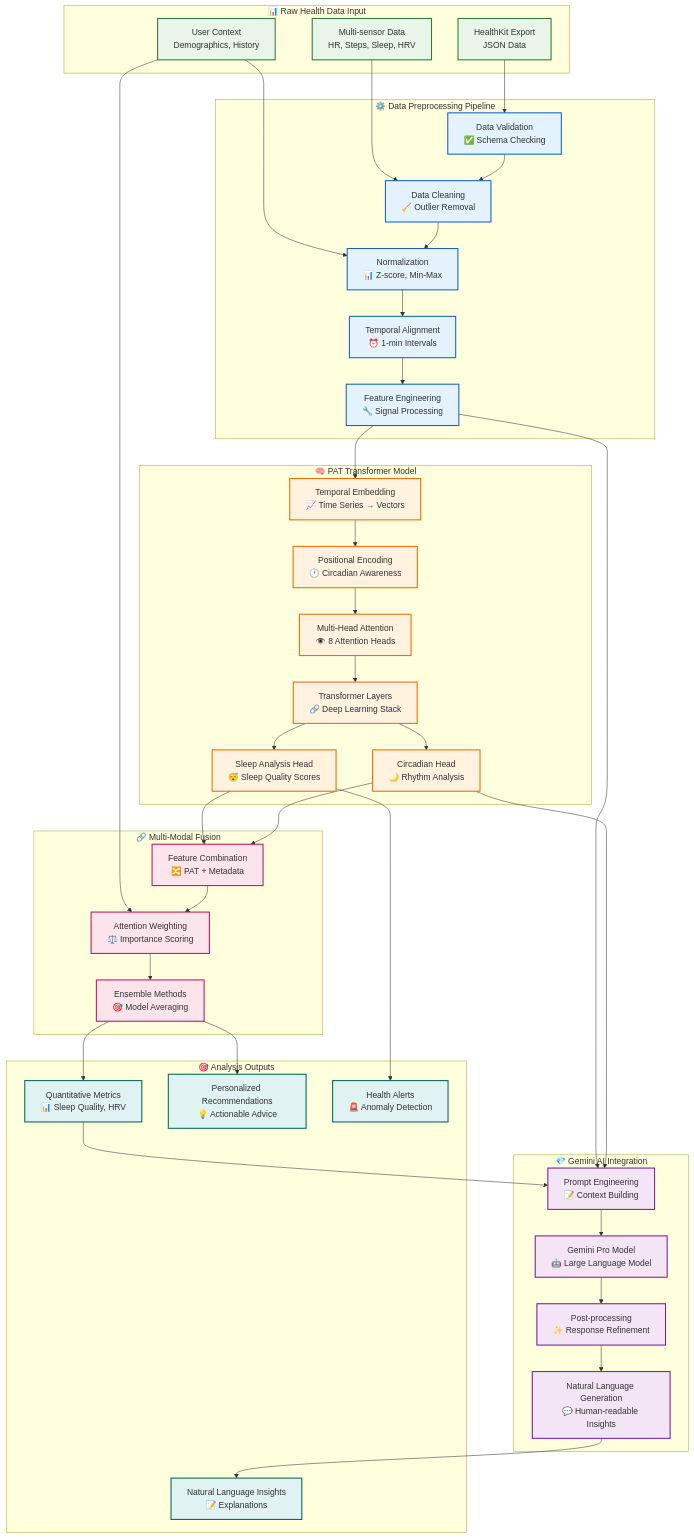
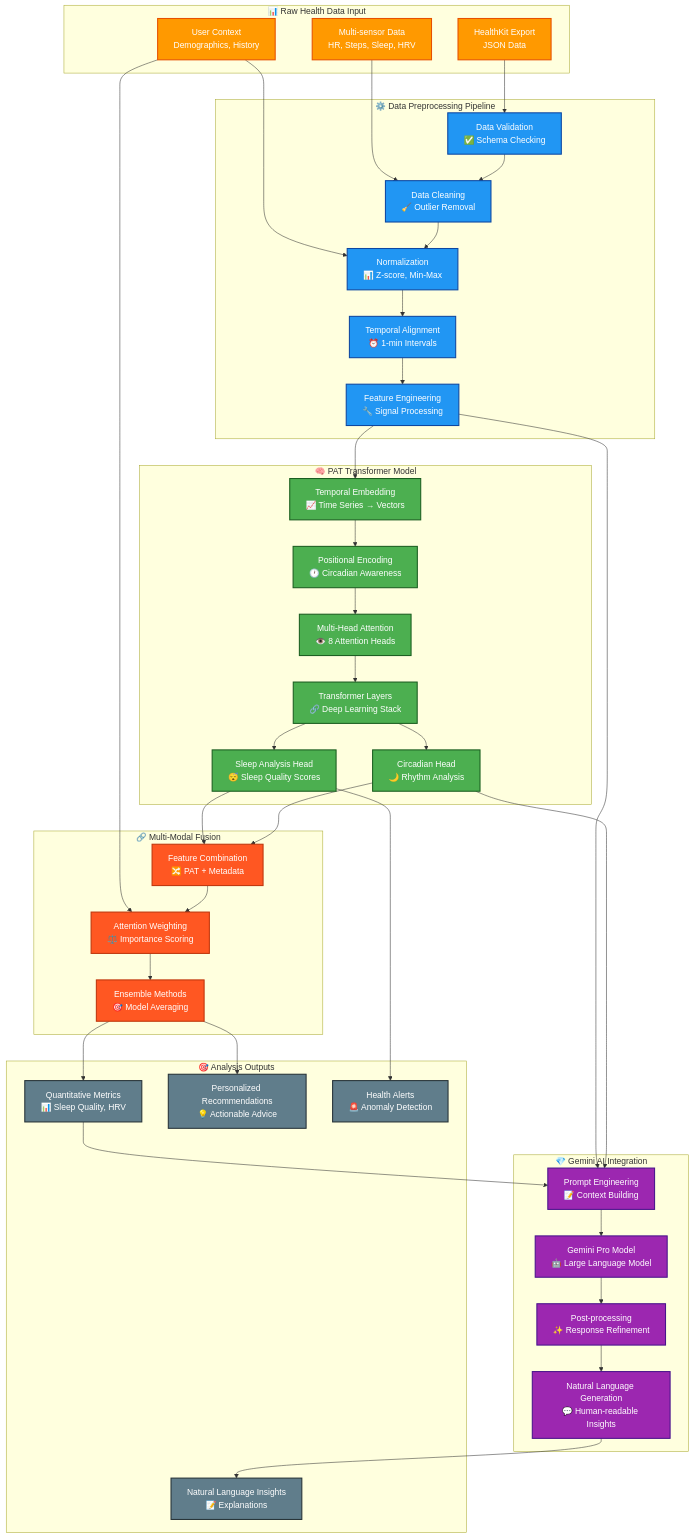
Before and after one commit to Clairty-Digital-Twin/clarity-loop-backend: the first of 2 diagrams in docs/03-ai-models.md, drawn with Mermaid. The commit also changed other lines of this file and 2 other files, not shown here.

Commit message:
fix: Update documentation styling for improved visual consistency and clarity
- Revised class definitions in the overview and AI models documentation to enhance visual representation and align with the platform's branding.
- Updated color schemes to bold colors with white text for better readability and semantic structure, reinforcing clarity in diagrams.
- Improved consistency across documentation styling to reflect recent changes in system architecture and enhance user understanding.

```diff
--- a/docs/03-ai-models.md
+++ b/docs/03-ai-models.md
@@ -79,13 +79,13 @@
     Metrics --> PromptEng
     CircHead --> PromptEng
     
-    %% Styling
-    classDef input fill:#e8f5e8,stroke:#2e7d32,stroke-width:2px
-    classDef preprocess fill:#e3f2fd,stroke:#1565c0,stroke-width:2px
-    classDef pat fill:#fff3e0,stroke:#ef6c00,stroke-width:2px
-    classDef gemini fill:#f3e5f5,stroke:#7b1fa2,stroke-width:2px
-    classDef fusion fill:#fce4ec,stroke:#c2185b,stroke-width:2px
-    classDef output fill:#e0f2f1,stroke:#00695c,stroke-width:2px
+    %% Styling - Bold colors with white text
+    classDef input fill:#ff9900,stroke:#e65100,stroke-width:2px,color:white
+    classDef preprocess fill:#2196f3,stroke:#0d47a1,stroke-width:2px,color:white
+    classDef pat fill:#4caf50,stroke:#1b5e20,stroke-width:2px,color:white
+    classDef gemini fill:#9c27b0,stroke:#4a148c,stroke-width:2px,color:white
+    classDef fusion fill:#ff5722,stroke:#bf360c,stroke-width:2px,color:white
+    classDef output fill:#607d8b,stroke:#263238,stroke-width:2px,color:white
     
     class HK,Sensors,Context input
     class Valid,Clean,Norm,Align,Feature preprocess
```
